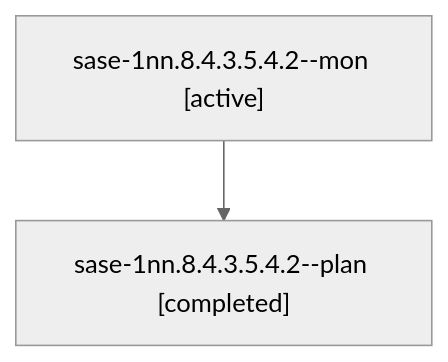
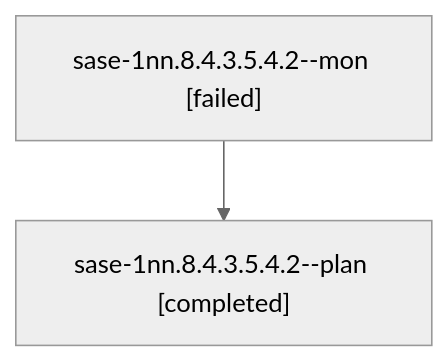
Before and after one commit to sase-org/sase--agents: the diagram in sessions/bbugyi200.athena.sase-1nn.8.4.3.5.4.2.md, drawn with Mermaid (neutral theme). The commit also changed other lines of this file and 131 other files, not shown here.

````diff
--- a/sessions/bbugyi200.athena.sase-1nn.8.4.3.5.4.2.md
+++ b/sessions/bbugyi200.athena.sase-1nn.8.4.3.5.4.2.md
@@ -9,6 +9,6 @@
 ```mermaid
 flowchart TD
-  n0["sase-1nn.8.4.3.5.4.2--mon [active]"]
+  n0["sase-1nn.8.4.3.5.4.2--mon [failed]"]
   n1["sase-1nn.8.4.3.5.4.2--plan [completed]"]
   n0 --> n1
 ```
````
